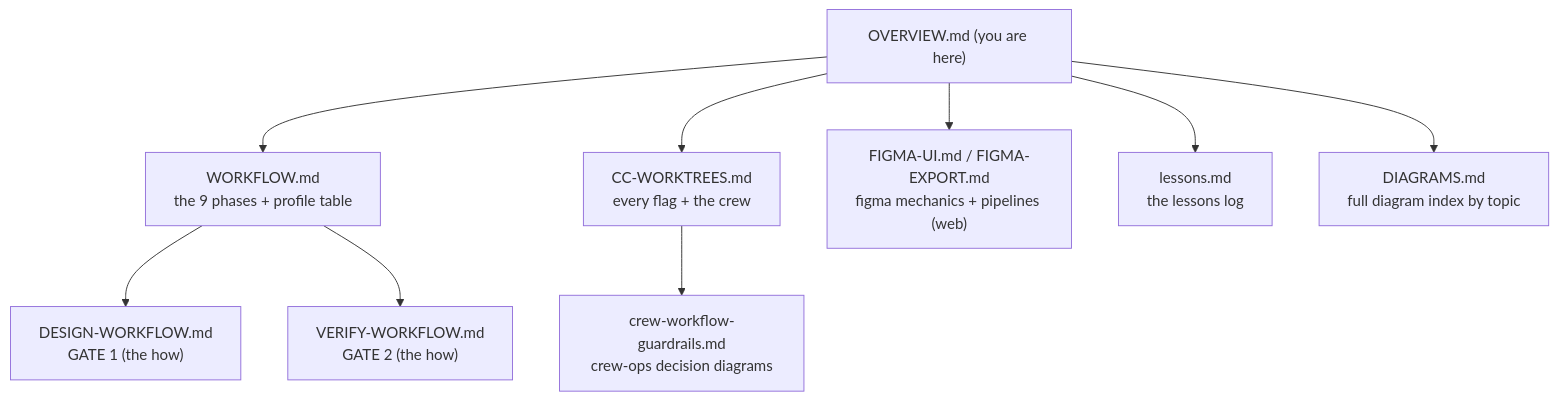
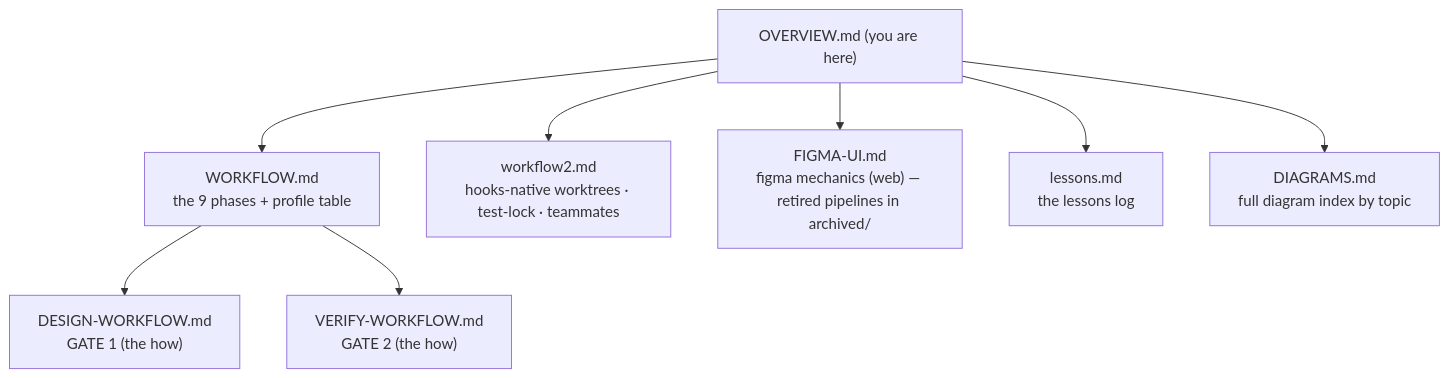
Diagram 15 of 15 in docs/OVERVIEW.md (HenriGeorge/Yannick), drawn with Mermaid before and after one commit. The commit also changed other lines of this file and 7 other files, not shown here.

````diff
--- a/docs/OVERVIEW.md
+++ b/docs/OVERVIEW.md
@@ -316,12 +309,11 @@
 ```mermaid
 flowchart TD
     O["OVERVIEW.md (you are here)"]
     O --> WF["WORKFLOW.md<br/>the 9 phases + profile table"]
     WF --> DW["DESIGN-WORKFLOW.md<br/>GATE 1 (the how)"]
     WF --> VW["VERIFY-WORKFLOW.md<br/>GATE 2 (the how)"]
-    O --> CW["CC-WORKTREES.md<br/>every flag + the crew"]
-    CW --> GR["crew-workflow-guardrails.md<br/>crew-ops decision diagrams"]
-    O --> FU["FIGMA-UI.md / FIGMA-EXPORT.md<br/>figma mechanics + pipelines (web)"]
+    O --> CW["workflow2.md<br/>hooks-native worktrees · test-lock · teammates"]
+    O --> FU["FIGMA-UI.md<br/>figma mechanics (web) — retired pipelines in archived/"]
     O --> LL["lessons.md<br/>the lessons log"]
     O --> DG["DIAGRAMS.md<br/>full diagram index by topic"]
 ```
````
